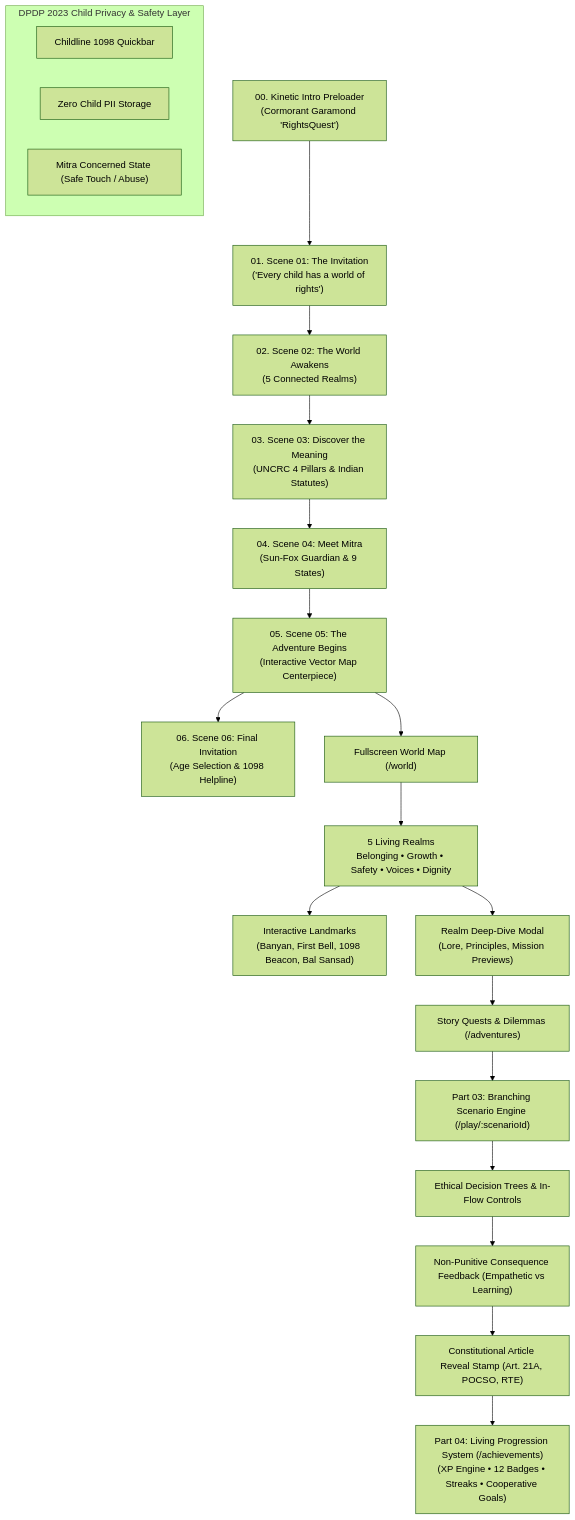
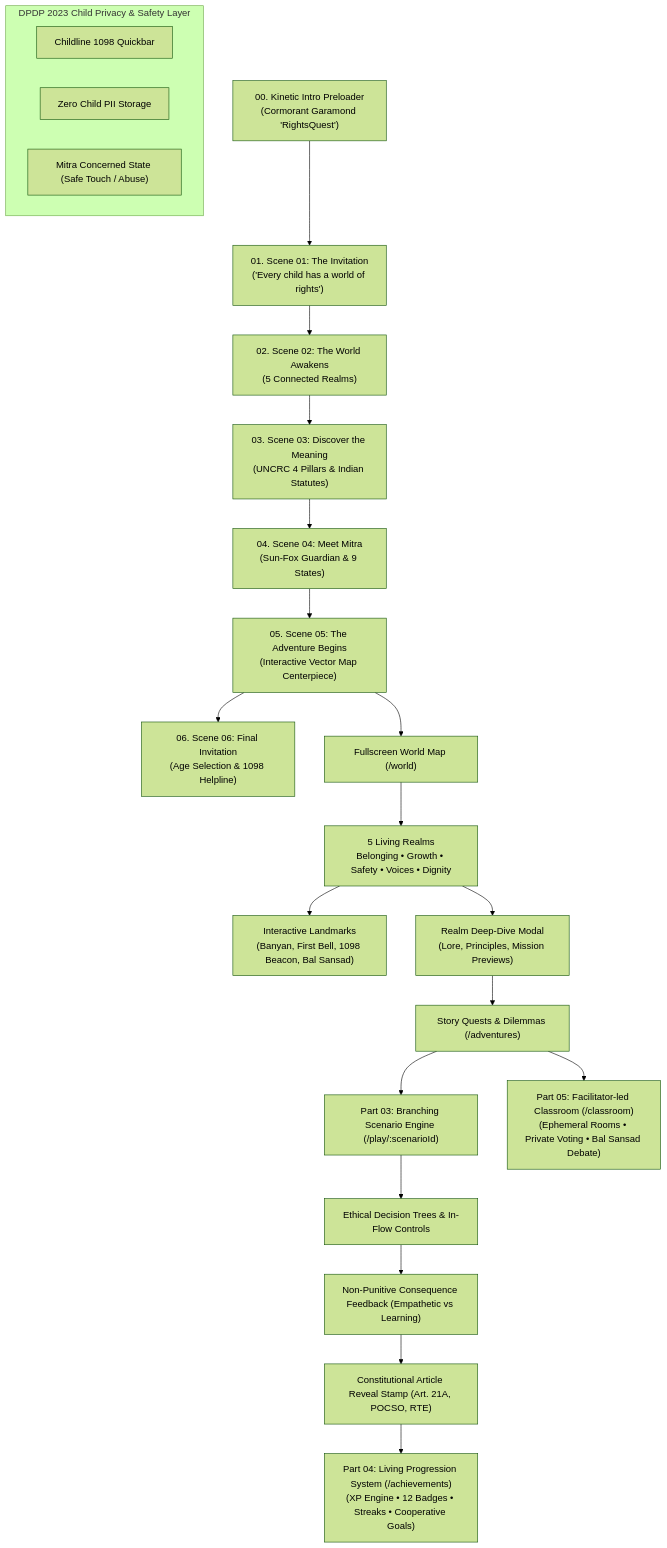
Before and after one commit to VaradAnnadate/MajorProject: the diagram in docs/README.md, drawn with Mermaid (forest theme). The commit also changed other lines of this file and 7 other files, not shown here.

````diff
--- a/docs/README.md
+++ b/docs/README.md
@@ -9,26 +9,27 @@
 ```mermaid
 flowchart TD
     Intro["00. Kinetic Intro Preloader<br/>(Cormorant Garamond 'RightsQuest')"] --> Hero["01. Scene 01: The Invitation<br/>('Every child has a world of rights')"]
     Hero --> Parallax["02. Scene 02: The World Awakens<br/>(5 Connected Realms)"]
     Parallax --> Metaphor["03. Scene 03: Discover the Meaning<br/>(UNCRC 4 Pillars & Indian Statutes)"]
     Metaphor --> Companion["04. Scene 04: Meet Mitra<br/>(Sun-Fox Guardian & 9 States)"]
     Companion --> MapPortal["05. Scene 05: The Adventure Begins<br/>(Interactive Vector Map Centerpiece)"]
     MapPortal --> FinalCTA["06. Scene 06: Final Invitation<br/>(Age Selection & 1098 Helpline)"]
 
     MapPortal --> WorldPage["Fullscreen World Map (/world)"]
     WorldPage --> Realms["5 Living Realms<br/>Belonging • Growth • Safety • Voices • Dignity"]
     Realms --> Landmarks["Interactive Landmarks<br/>(Banyan, First Bell, 1098 Beacon, Bal Sansad)"]
     Realms --> Modal["Realm Deep-Dive Modal<br/>(Lore, Principles, Mission Previews)"]
     Modal --> Adventures["Story Quests & Dilemmas (/adventures)"]
     Adventures --> Gameplay["Part 03: Branching Scenario Engine (/play/:scenarioId)"]
     Gameplay --> Choices["Ethical Decision Trees & In-Flow Controls"]
     Choices --> Consequence["Non-Punitive Consequence Feedback (Empathetic vs Learning)"]
     Consequence --> ArticleStamp["Constitutional Article Reveal Stamp (Art. 21A, POCSO, RTE)"]
     ArticleStamp --> Progression["Part 04: Living Progression System (/achievements)<br/>(XP Engine • 12 Badges • Streaks • Cooperative Goals)"]
+    Adventures --> Classroom["Part 05: Facilitator-led Classroom (/classroom)<br/>(Ephemeral Rooms • Private Voting • Bal Sansad Debate)"]
     
     subgraph Safeguards ["DPDP 2023 Child Privacy & Safety Layer"]
         Helpline["Childline 1098 Quickbar"]
         ZeroPII["Zero Child PII Storage"]
         MascotSafeguard["Mitra Concerned State (Safe Touch / Abuse)"]
     end
 ```
````
